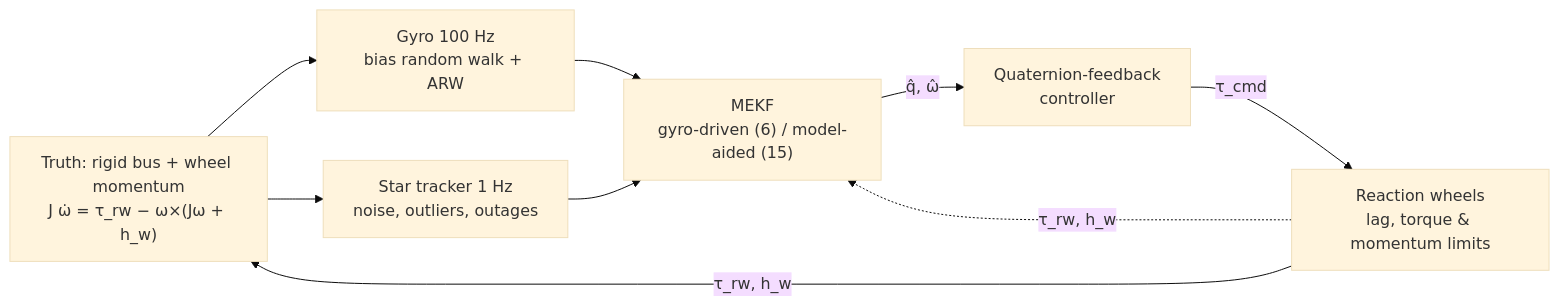
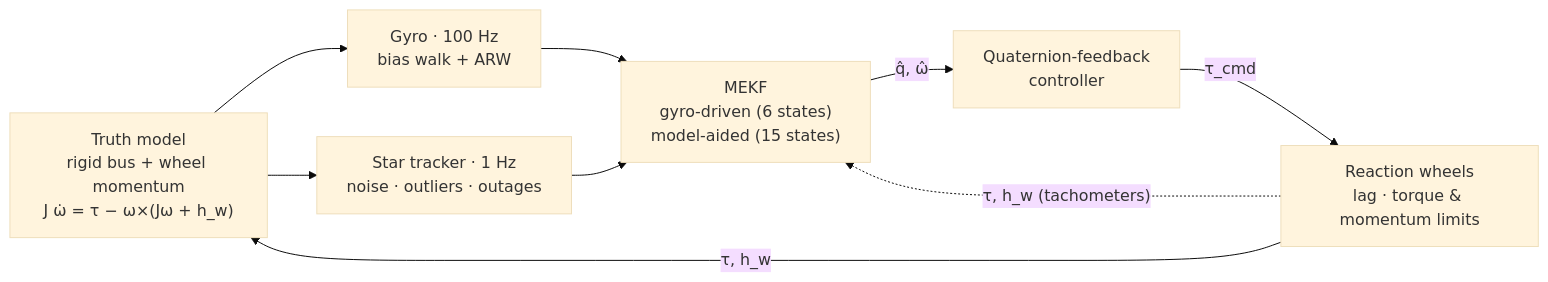
One commit to ISHMAEL555/Robust-Spacecraft-Attitude-Estimation-and-Control-Under-Model-Uncertainty changed the diagram in README.md. Above: the diagram before and after it, drawn with Mermaid (base theme). The commit also changed other lines of this file, not shown here.

````diff
--- a/README.md
+++ b/README.md
@@ -33,13 +56,13 @@
 ```mermaid
 flowchart LR
-    T["Truth: rigid bus + wheel momentum<br/>J ω̇ = τ_rw − ω×(Jω + h_w)"]
-    G["Gyro 100 Hz<br/>bias random walk + ARW"]
-    S["Star tracker 1 Hz<br/>noise, outliers, outages"]
-    F["MEKF<br/>gyro-driven (6) / model-aided (15)"]
+    T["Truth model<br/>rigid bus + wheel momentum<br/>J ω̇ = τ − ω×(Jω + h_w)"]
+    G["Gyro · 100 Hz<br/>bias walk + ARW"]
+    S["Star tracker · 1 Hz<br/>noise · outliers · outages"]
+    F["MEKF<br/>gyro-driven (6 states)<br/>model-aided (15 states)"]
     C["Quaternion-feedback<br/>controller"]
-    W["Reaction wheels<br/>lag, torque & momentum limits"]
+    W["Reaction wheels<br/>lag · torque & momentum limits"]
     T --> G --> F
     T --> S --> F
-    F -- "q̂, ω̂" --> C -- "τ_cmd" --> W -- "τ_rw, h_w" --> T
-    W -. "τ_rw, h_w" .-> F
+    F -- "q̂, ω̂" --> C -- "τ_cmd" --> W -- "τ, h_w" --> T
+    W -. "τ, h_w (tachometers)" .-> F
 ```
````
